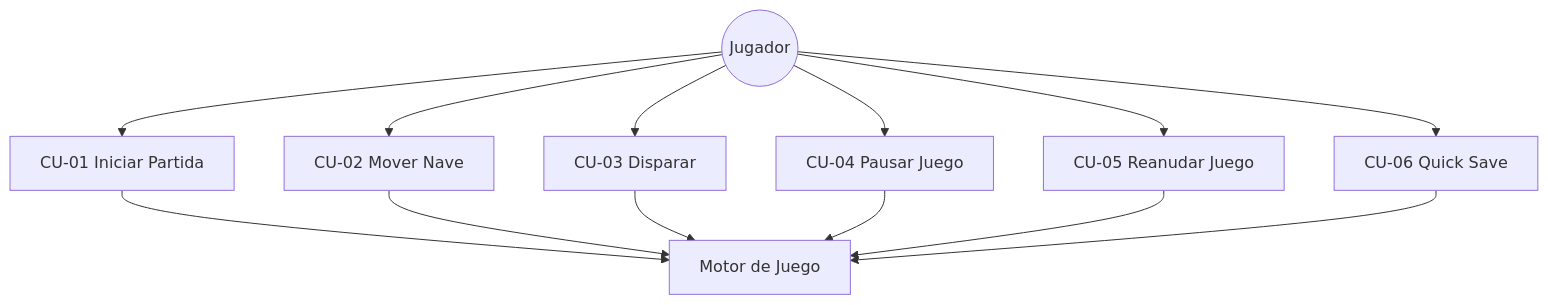
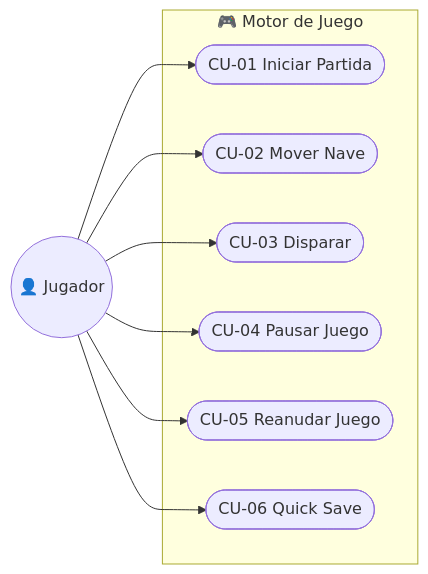
One commit to Agodoy2002/motor-juego-naves changed the second of 2 diagrams in README.md. Above: the diagram before and after it, drawn with Mermaid.

Commit message:
docs: improve use case diagram to proper UML flowchart format

````diff
--- a/README.md
+++ b/README.md
@@ -114,16 +114,20 @@
 ```mermaid
-graph TD
-    Actor((Jugador))
-    Actor --> CU1[CU-01 Iniciar Partida]
-    Actor --> CU2[CU-02 Mover Nave]
-    Actor --> CU3[CU-03 Disparar]
-    Actor --> CU4[CU-04 Pausar Juego]
-    Actor --> CU5[CU-05 Reanudar Juego]
-    Actor --> CU6[CU-06 Quick Save]
-    CU1 --> Sistema[Motor de Juego]
-    CU2 --> Sistema
-    CU3 --> Sistema
-    CU4 --> Sistema
-    CU5 --> Sistema
-    CU6 --> Sistema
+flowchart LR
+    actor((👤 Jugador))
+
+    actor --> CU1([CU-01 Iniciar Partida])
+    actor --> CU2([CU-02 Mover Nave])
+    actor --> CU3([CU-03 Disparar])
+    actor --> CU4([CU-04 Pausar Juego])
+    actor --> CU5([CU-05 Reanudar Juego])
+    actor --> CU6([CU-06 Quick Save])
+
+    subgraph Sistema [🎮 Motor de Juego]
+        CU1
+        CU2
+        CU3
+        CU4
+        CU5
+        CU6
+    end
 ```
````
